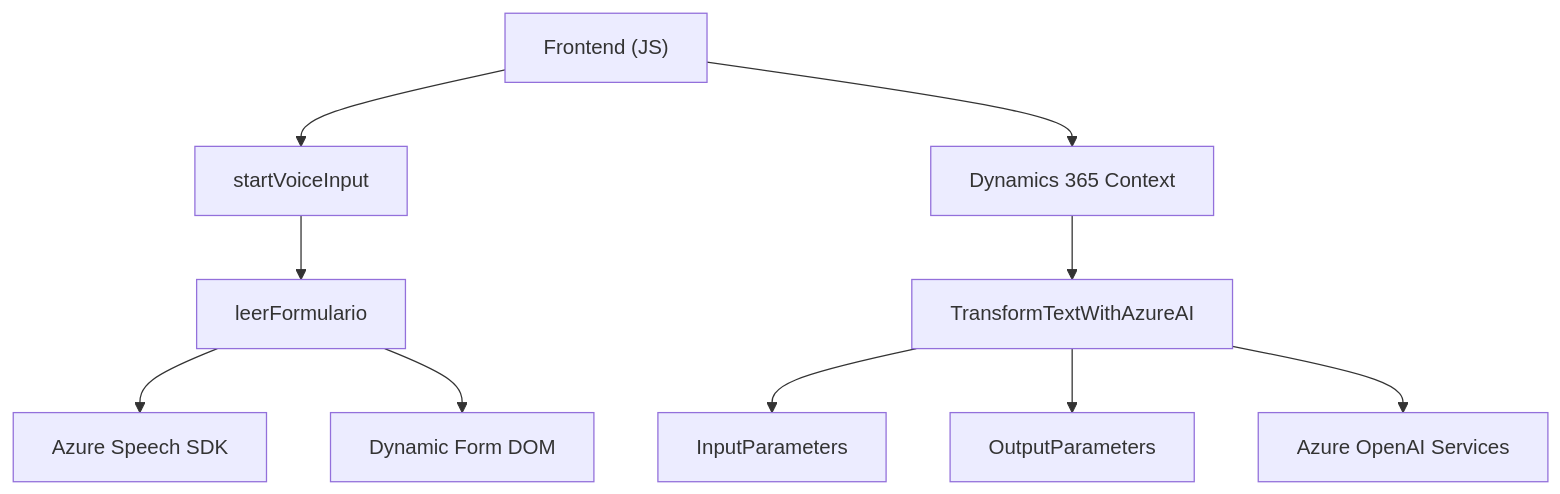
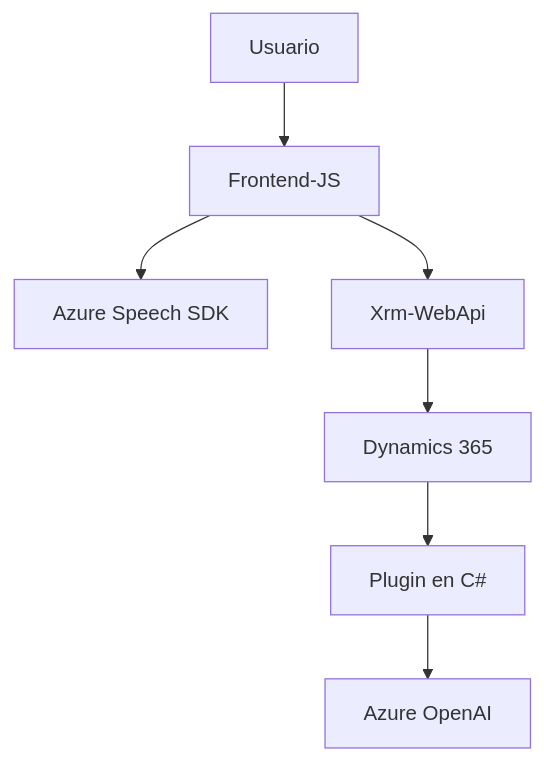
The diagram in README.md (blopezdm/NETCORE_BILBAO2025), drawn with Mermaid before and after one commit. The commit also changed other lines of this file, not shown here.

````diff
--- a/README.md
+++ b/README.md
@@ -59,26 +56,17 @@
 ```mermaid
 graph TD
-    A["Frontend (JS)"]
-    A1["startVoiceInput"]
-    A2["leerFormulario"]
-    A3["Azure Speech SDK"]
-    A4["Dynamic Form DOM"]
+    A["Usuario"]
+    B["Frontend-JS"]
+    C["Azure Speech SDK"]
+    D["Dynamics 365"]
+    E["Plugin en C#"]
+    F["Azure OpenAI"]
+    G["Xrm-WebApi"]
 
-    B["Backend (C# Dynamics Plugin)"]
-    B1["TransformTextWithAzureAI"]
-    B2["InputParameters"]
-    B3["OutputParameters"]
-    B4["Azure OpenAI Services"]
-
-    A --> A1
-    A1 --> A2
-    A2 --> A3
-    A2 --> A4
-
-    B --> B1
-    B1 --> B2
-    B1 --> B3
-    B1 --> B4
-
-    A --> B["Dynamics 365 Context"]
+    A --> B
+    B --> C
+    B --> G
+    G --> D
+    E --> F
+    D --> E
 ```
````
